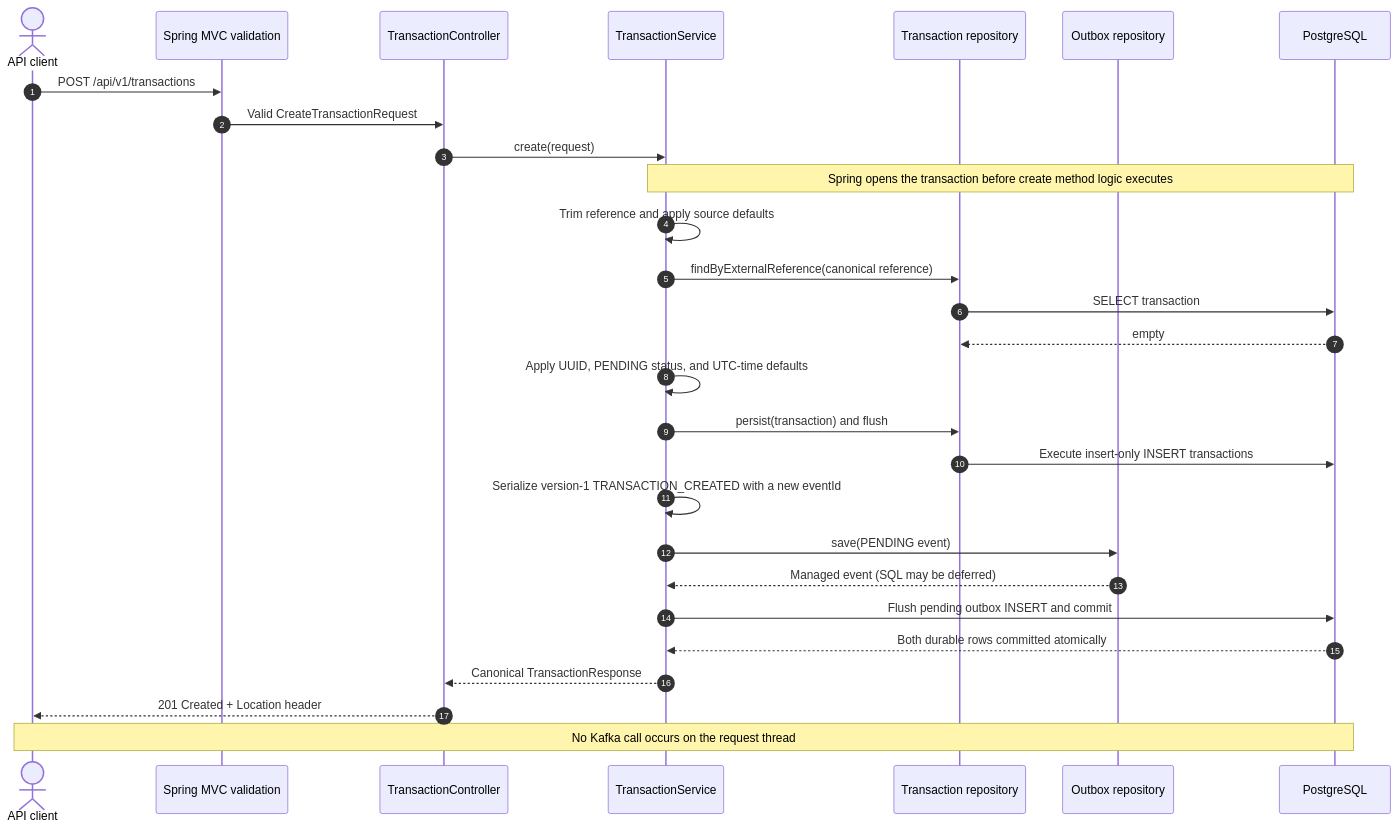
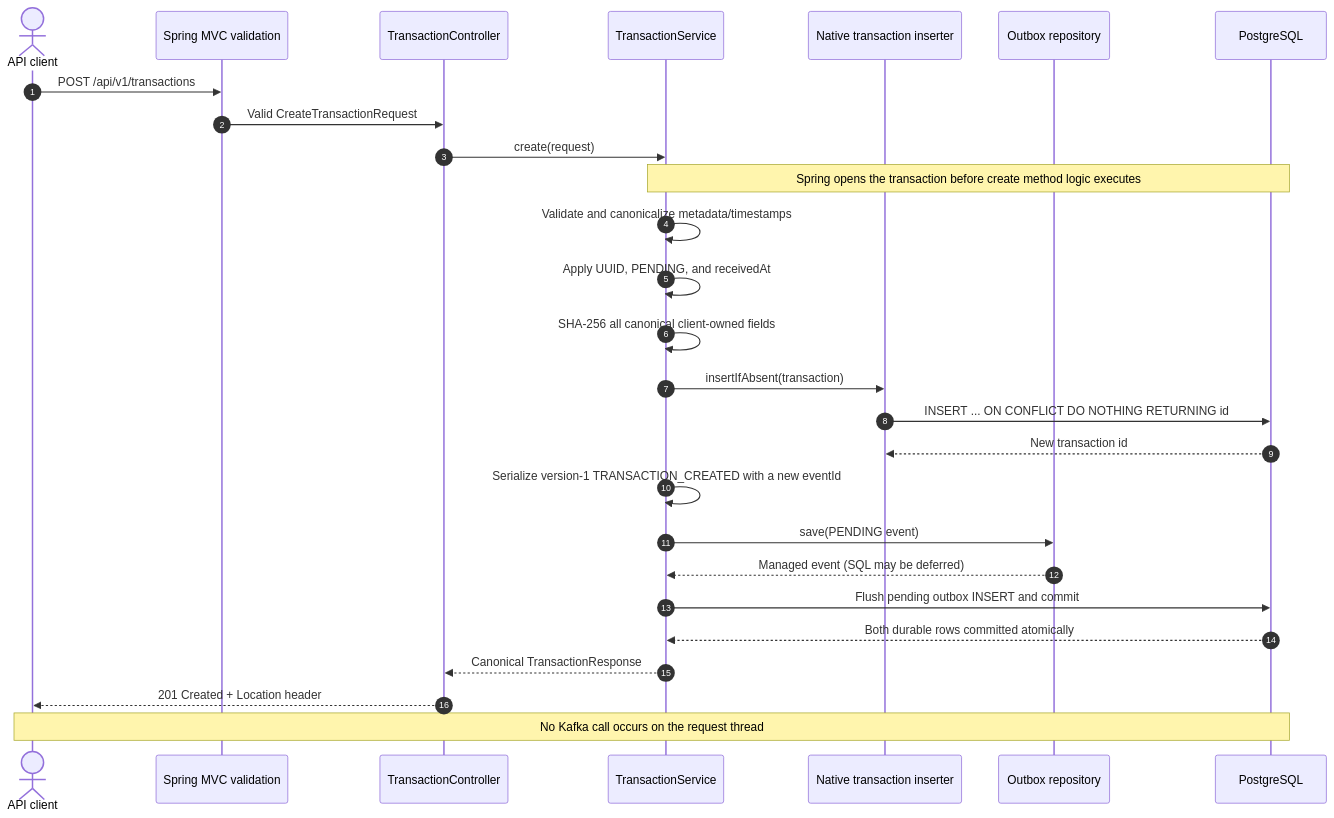
The first of 16 diagrams in docs/sequence-diagrams.md (tarunngusain08/transaction-outbox-service), drawn with Mermaid before and after one commit. The commit also changed other lines of this file and 9 other files, not shown here.

````diff
--- a/docs/sequence-diagrams.md
+++ b/docs/sequence-diagrams.md
@@ -14,31 +14,30 @@
 ```mermaid
 sequenceDiagram
     autonumber
     actor Client as API client
     participant MVC as Spring MVC validation
     participant Controller as TransactionController
     participant Service as TransactionService
-    participant TxRepo as Transaction repository
+    participant Inserter as Native transaction inserter
     participant OutboxRepo as Outbox repository
     participant DB as PostgreSQL
 
     Client->>MVC: POST /api/v1/transactions
     MVC->>Controller: Valid CreateTransactionRequest
     Controller->>Service: create(request)
     Note over Service,DB: Spring opens the transaction before create method logic executes
-    Service->>Service: Trim reference and apply source defaults
-    Service->>TxRepo: findByExternalReference(canonical reference)
-    TxRepo->>DB: SELECT transaction
-    DB-->>TxRepo: empty
-    Service->>Service: Apply UUID, PENDING status, and UTC-time defaults
-    Service->>TxRepo: persist(transaction) and flush
-    TxRepo->>DB: Execute insert-only INSERT transactions
+    Service->>Service: Validate and canonicalize metadata/timestamps
+    Service->>Service: Apply UUID, PENDING, and receivedAt
+    Service->>Service: SHA-256 all canonical client-owned fields
+    Service->>Inserter: insertIfAbsent(transaction)
+    Inserter->>DB: INSERT ... ON CONFLICT DO NOTHING RETURNING id
+    DB-->>Inserter: New transaction id
     Service->>Service: Serialize version-1 TRANSACTION_CREATED with a new eventId
     Service->>OutboxRepo: save(PENDING event)
     OutboxRepo-->>Service: Managed event (SQL may be deferred)
     Service->>DB: Flush pending outbox INSERT and commit
     DB-->>Service: Both durable rows committed atomically
     Service-->>Controller: Canonical TransactionResponse
     Controller-->>Client: 201 Created + Location header
     Note over Client,DB: No Kafka call occurs on the request thread
 ```
````
